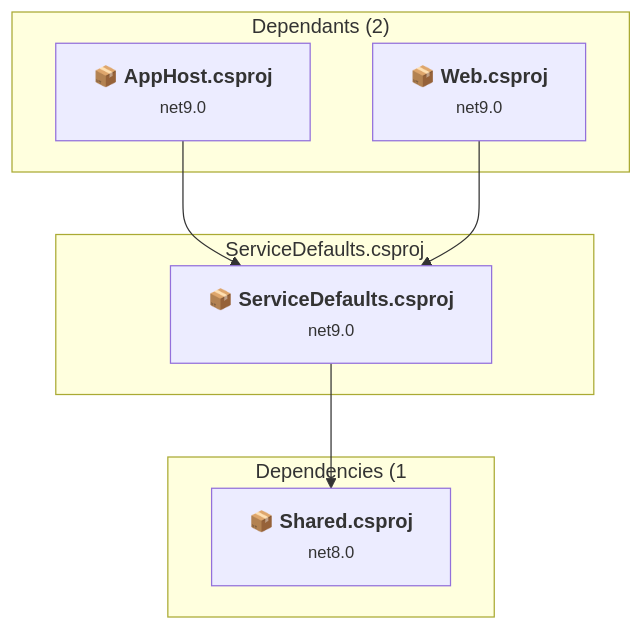
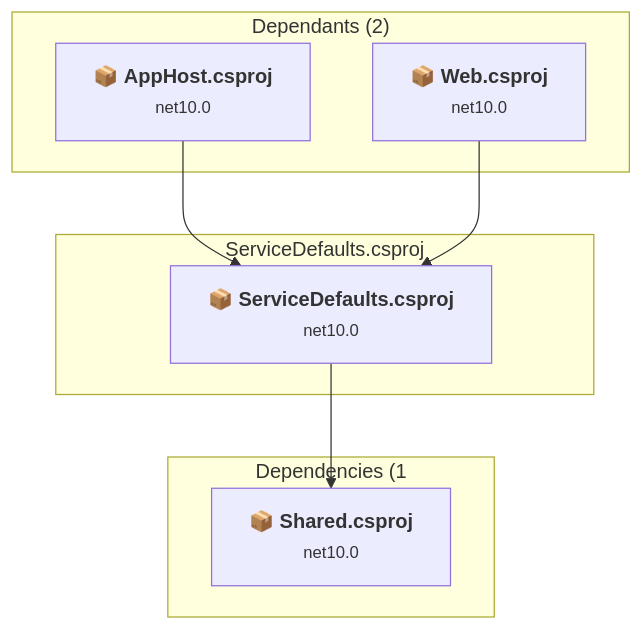
Before and after one commit to mpaulosky/ArticlesSite: the fourth of 10 diagrams in .github/upgrades/assessment.md, drawn with Mermaid. The commit also changed other lines of this file and 11 other files, not shown here.

````diff
--- a/.github/upgrades/assessment.md
+++ b/.github/upgrades/assessment.md
@@ -187,21 +184,21 @@
 ```mermaid
 flowchart TB
     subgraph upstream["Dependants (2)"]
-        P2["<b>📦&nbsp;AppHost.csproj</b><br/><small>net9.0</small>"]
-        P5["<b>📦&nbsp;Web.csproj</b><br/><small>net9.0</small>"]
+        P2["<b>📦&nbsp;AppHost.csproj</b><br/><small>net10.0</small>"]
+        P5["<b>📦&nbsp;Web.csproj</b><br/><small>net10.0</small>"]
         click P2 "#srcapphostapphostcsproj"
         click P5 "#srcwebwebcsproj"
     end
     subgraph current["ServiceDefaults.csproj"]
-        MAIN["<b>📦&nbsp;ServiceDefaults.csproj</b><br/><small>net9.0</small>"]
+        MAIN["<b>📦&nbsp;ServiceDefaults.csproj</b><br/><small>net10.0</small>"]
         click MAIN "#srcservicedefaultsservicedefaultscsproj"
     end
     subgraph downstream["Dependencies (1"]
-        P4["<b>📦&nbsp;Shared.csproj</b><br/><small>net8.0</small>"]
+        P4["<b>📦&nbsp;Shared.csproj</b><br/><small>net10.0</small>"]
         click P4 "#srcsharedsharedcsproj"
     end
     P2 --> MAIN
     P5 --> MAIN
     MAIN --> P4
 
 ```
````
